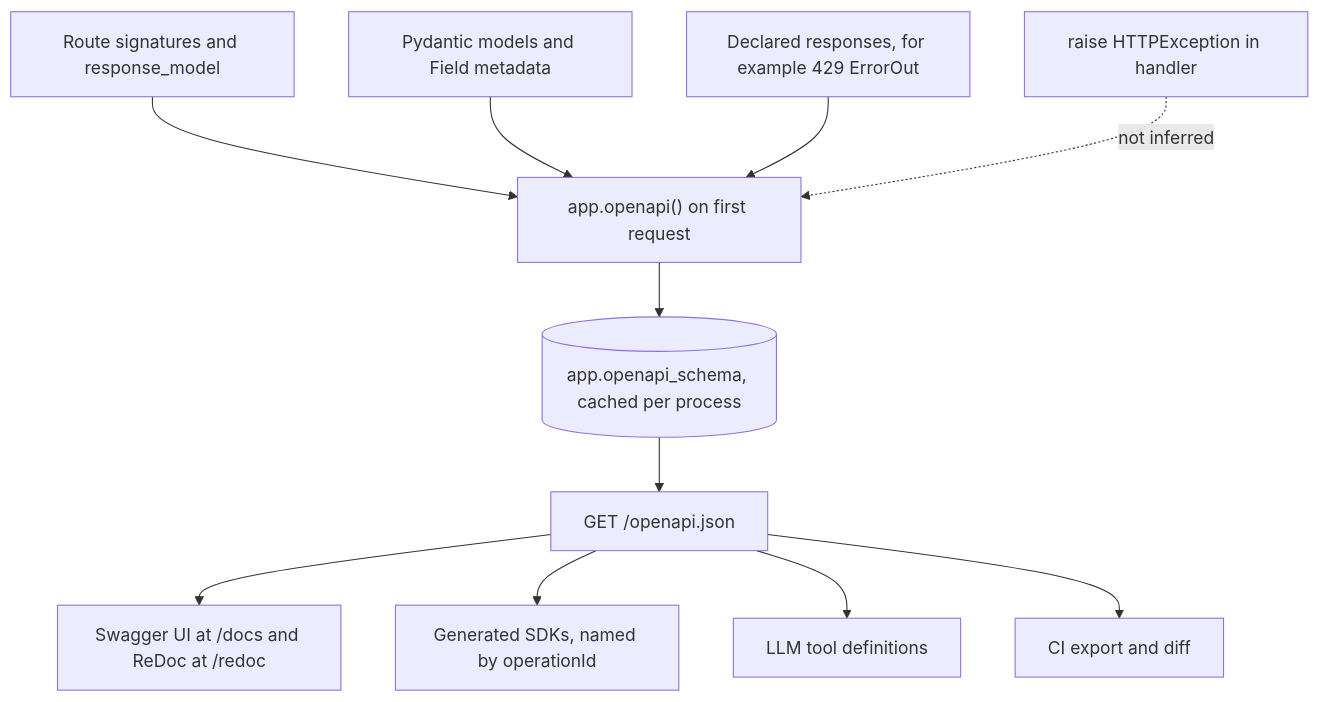
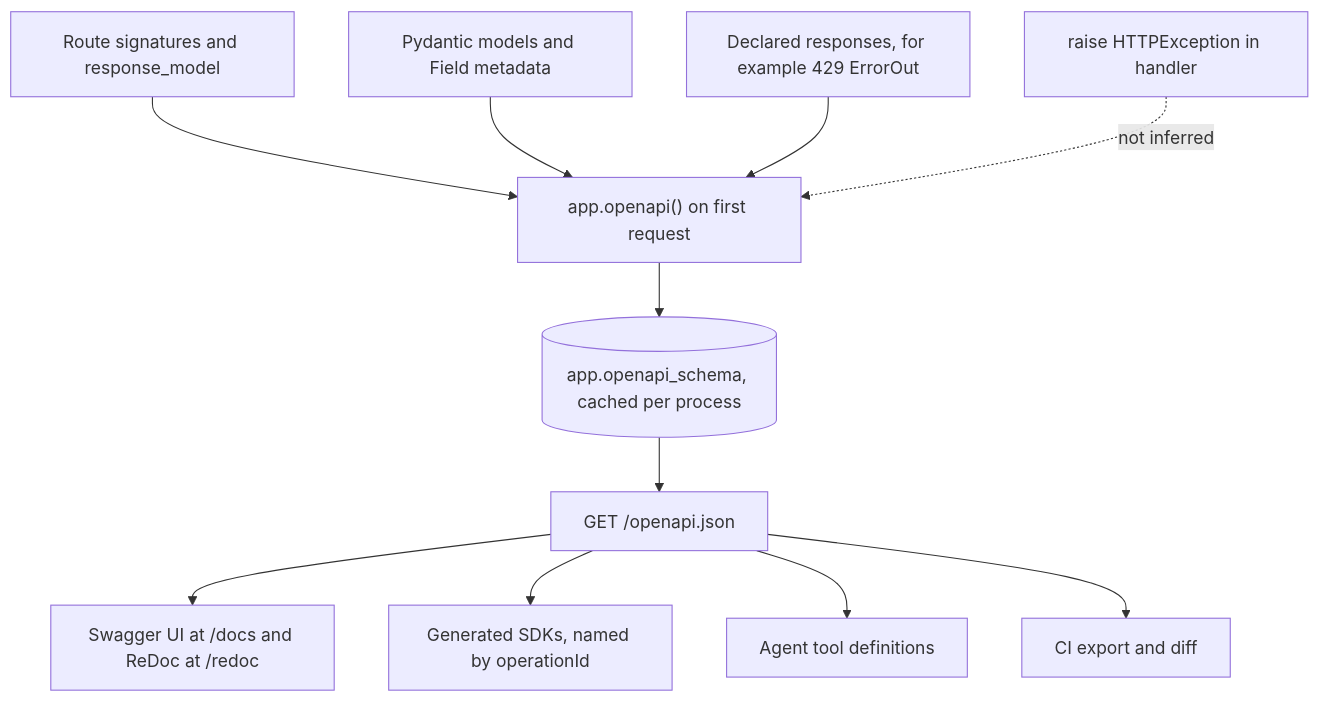
One commit to lovishmahajan97/agentic-learning changed the diagram in content/fastapi-for-ai/openapi-docs.md. Above: the diagram before and after it, drawn with Mermaid. The commit also changed other lines of this file and 266 other files, not shown here.

````diff
--- a/content/fastapi-for-ai/openapi-docs.md
+++ b/content/fastapi-for-ai/openapi-docs.md
@@ -98,13 +125,13 @@
 ```mermaid
 flowchart TD
     R["Route signatures and response_model"] --> G["app.openapi() on first request"]
     P["Pydantic models and Field metadata"] --> G
     X["Declared responses, for example 429 ErrorOut"] --> G
     H["raise HTTPException in handler"] -.->|"not inferred"| G
     G --> C[("app.openapi_schema, cached per process")]
     C --> J["GET /openapi.json"]
     J --> S["Swagger UI at /docs and ReDoc at /redoc"]
     J --> K["Generated SDKs, named by operationId"]
-    J --> T["LLM tool definitions"]
+    J --> T["Agent tool definitions"]
     J --> D["CI export and diff"]
 ```
````
